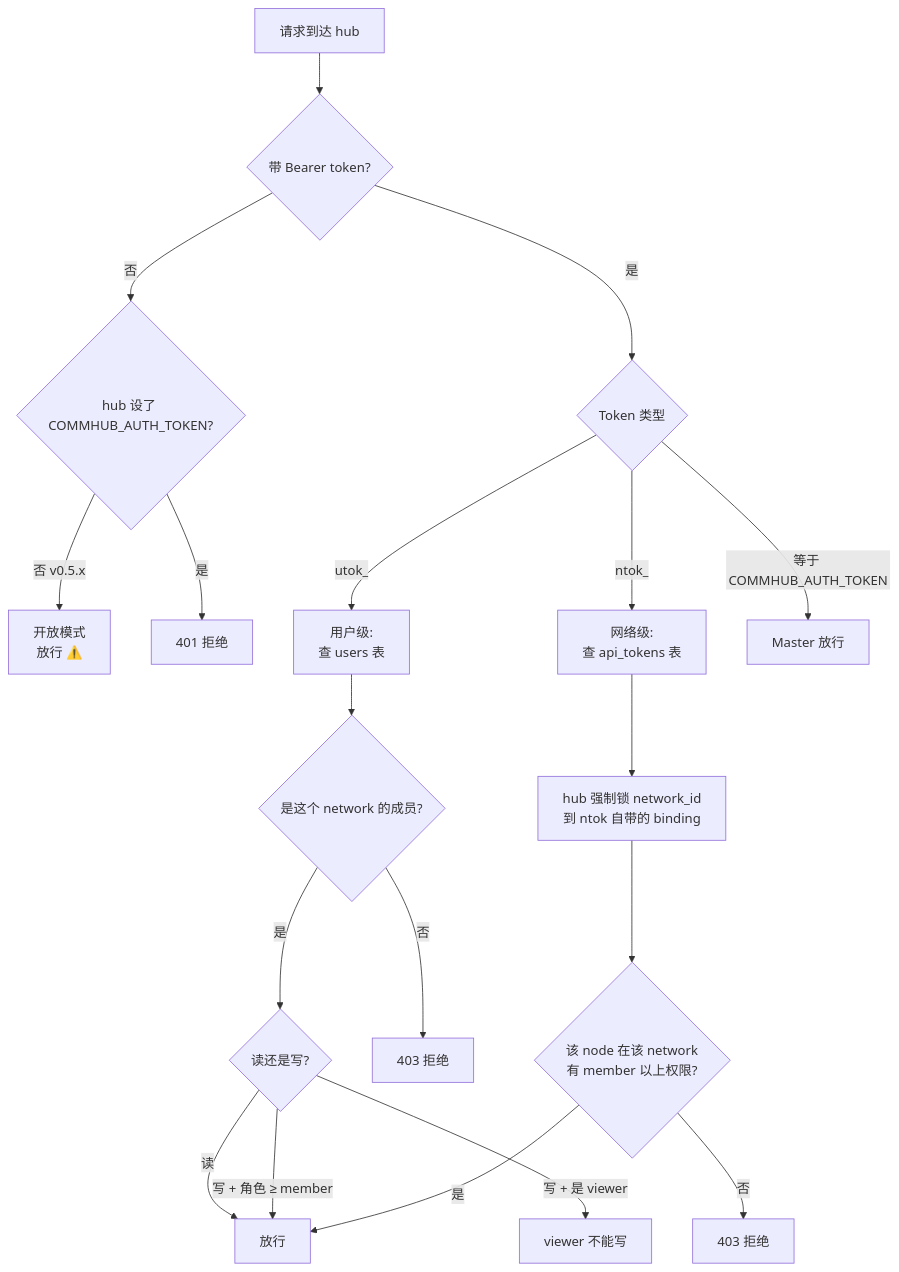
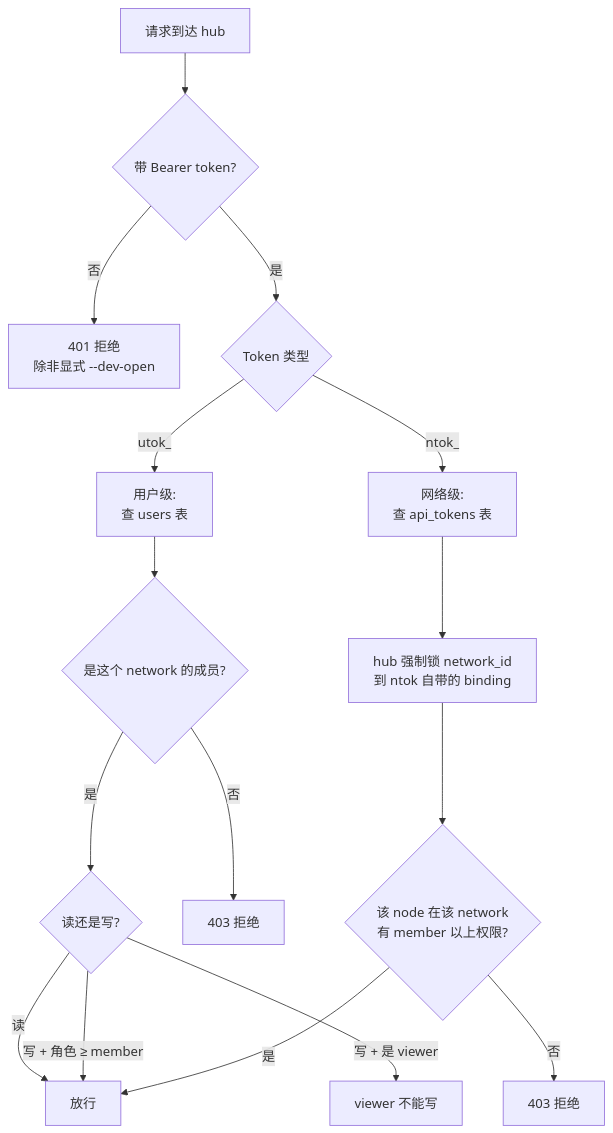
Before and after one commit to sleep2agi/agent-network: the diagram in docs-site/docs/concepts/tokens.md, drawn with Mermaid. The commit also changed other lines of this file and 16 other files, not shown here.

````diff
--- a/docs-site/docs/concepts/tokens.md
+++ b/docs-site/docs/concepts/tokens.md
@@ -197,24 +152,21 @@
 ```mermaid
 flowchart TD
     REQ[请求到达 hub] --> HAS{带 Bearer token?}
-    HAS -->|否| OPENCHECK{hub 设了 COMMHUB_AUTH_TOKEN?}
-    OPENCHECK -->|否 v0.5.x| OPEN[开放模式<br/>放行 ⚠️]
-    OPENCHECK -->|是| DENY1[401 拒绝]
+    HAS -->|否| DENY1[401 拒绝<br/>除非显式 --dev-open]
 
     HAS -->|是| TYPE{Token 类型}
     TYPE -->|utok_| UTOK[用户级:<br/>查 users 表]
     TYPE -->|ntok_| NTOK[网络级:<br/>查 api_tokens 表]
-    TYPE -->|等于 COMMHUB_AUTH_TOKEN| MASTER[Master 放行]
 
     UTOK --> UROLE{是这个 network 的成员?}
     UROLE -->|是| UOP{读还是写?}
     UROLE -->|否| DENY2[403 拒绝]
     UOP -->|读| ALLOW[放行]
     UOP -->|写 + 角色 ≥ member| ALLOW
     UOP -->|写 + 是 viewer| DENY3[viewer 不能写]
 
     NTOK --> FORCED[hub 强制锁 network_id<br/>到 ntok 自带的 binding]
     FORCED --> NROLE{该 node 在该 network<br/>有 member 以上权限?}
     NROLE -->|是| ALLOW
     NROLE -->|否| DENY4[403 拒绝]
 ```
````
